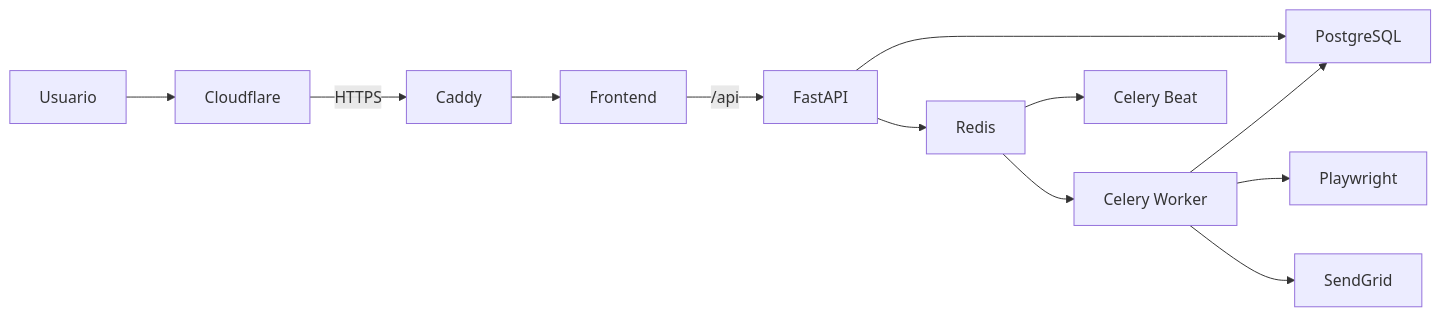
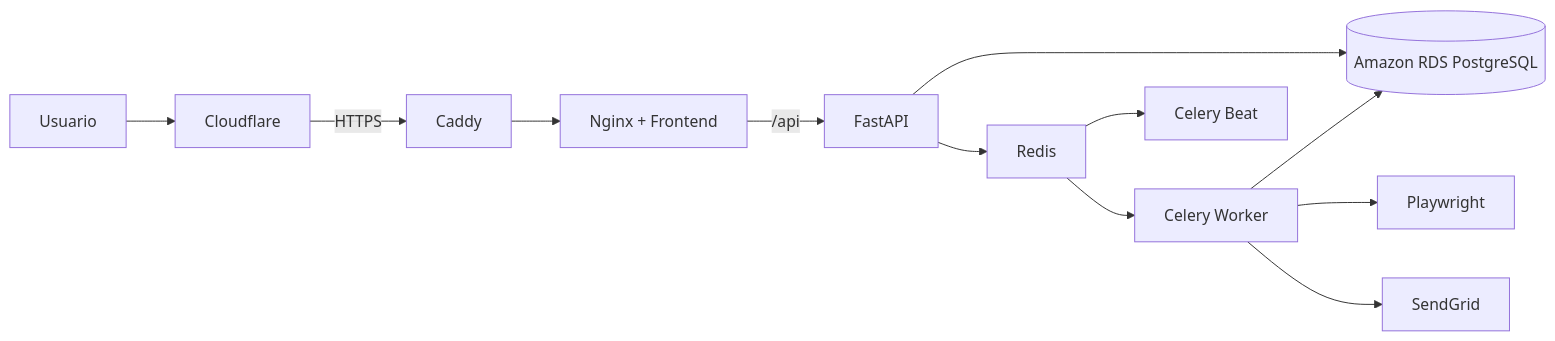
One commit to nightwolf2908/PricePulse-End-to-End-Software- changed the first of 2 diagrams in README.md. Above: the diagram before and after it, drawn with Mermaid. The commit also changed other lines of this file and 6 other files, not shown here.

````diff
--- a/README.md
+++ b/README.md
@@ -32,14 +39,14 @@
 ```mermaid
 flowchart LR
     Usuario --> Cloudflare
     Cloudflare -->|HTTPS| Caddy
-    Caddy --> Frontend
+    Caddy --> Frontend[Nginx + Frontend]
     Frontend -->|/api| FastAPI
-    FastAPI --> PostgreSQL
+    FastAPI --> RDS[(Amazon RDS PostgreSQL)]
     FastAPI --> Redis
     Redis --> Worker[Celery Worker]
     Redis --> Beat[Celery Beat]
-    Worker --> PostgreSQL
+    Worker --> RDS
     Worker --> Playwright
     Worker --> SendGrid
 ```
````
